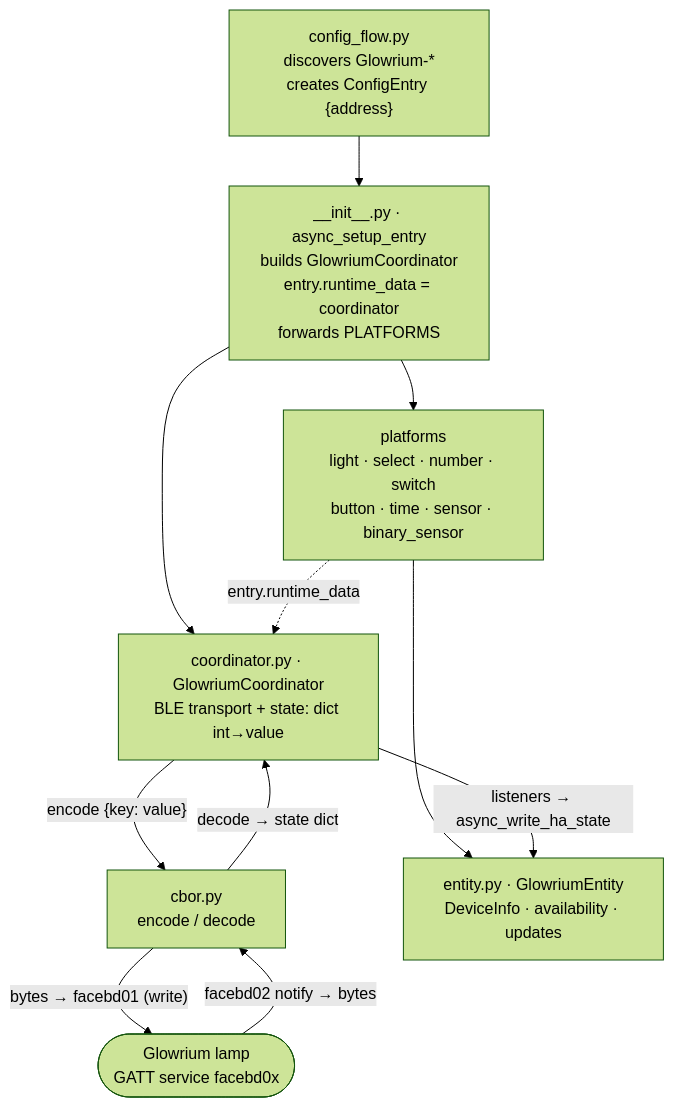
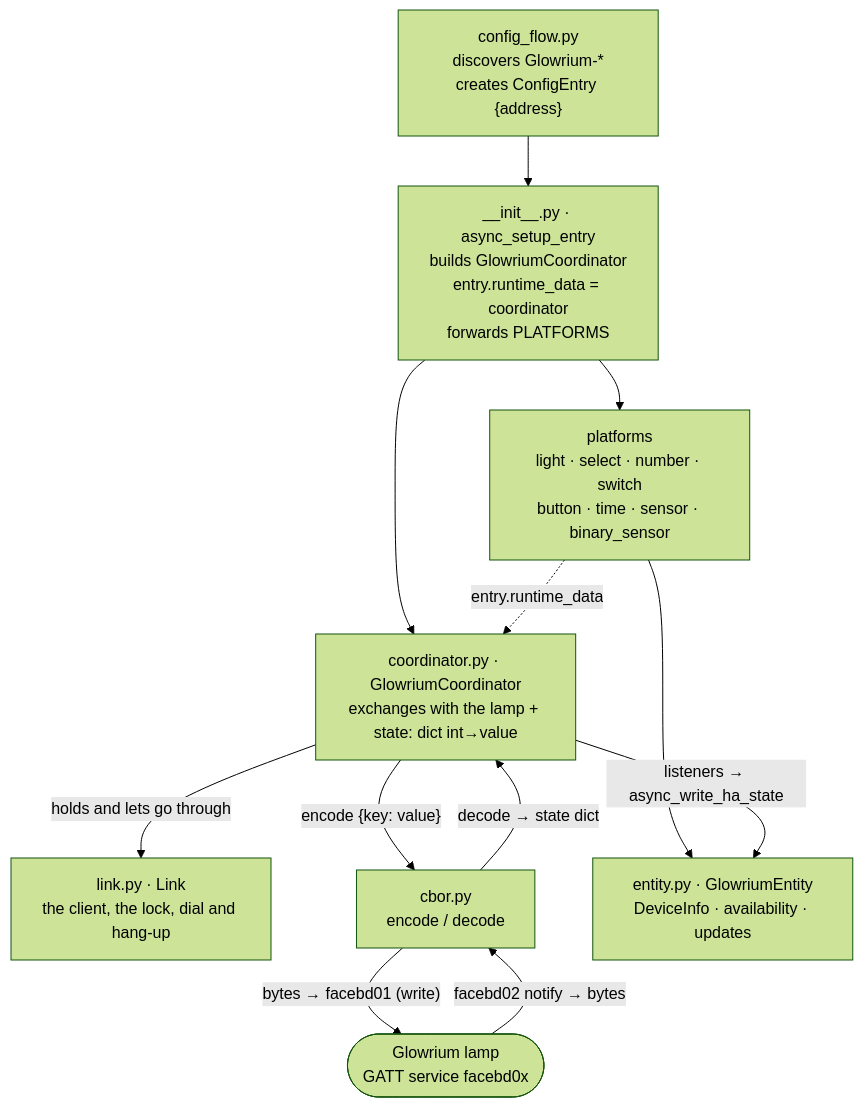
Before and after one commit to kugaevsky/glowrium-ha: the diagram in ARCHITECTURE.md, drawn with Mermaid (forest theme). The commit also changed other lines of this file and 7 other files, not shown here.

````diff
--- a/ARCHITECTURE.md
+++ b/ARCHITECTURE.md
@@ -60,21 +60,23 @@
 ```mermaid
 flowchart TD
     CF["config_flow.py<br/>discovers Glowrium-*<br/>creates ConfigEntry {address}"]
     INIT["__init__.py · async_setup_entry<br/>builds GlowriumCoordinator<br/>entry.runtime_data = coordinator<br/>forwards PLATFORMS"]
-    COORD["coordinator.py · GlowriumCoordinator<br/>BLE transport + state: dict int→value"]
+    COORD["coordinator.py · GlowriumCoordinator<br/>exchanges with the lamp + state: dict int→value"]
+    LINK["link.py · Link<br/>the client, the lock, dial and hang-up"]
     CBOR["cbor.py<br/>encode / decode"]
     PLAT["platforms<br/>light · select · number · switch<br/>button · time · sensor · binary_sensor"]
     ENT["entity.py · GlowriumEntity<br/>DeviceInfo · availability · updates"]
     DEV(["Glowrium lamp<br/>GATT service facebd0x"])
 
     CF --> INIT
     INIT --> COORD
+    COORD -->|"holds and lets go through"| LINK
     INIT --> PLAT
     PLAT -. "entry.runtime_data" .-> COORD
     PLAT --> ENT
     COORD -->|"encode {key: value}"| CBOR
     CBOR -->|"bytes → facebd01 (write)"| DEV
     DEV -->|"facebd02 notify → bytes"| CBOR
     CBOR -->|"decode → state dict"| COORD
     COORD -->|"listeners → async_write_ha_state"| ENT
 ```
````
